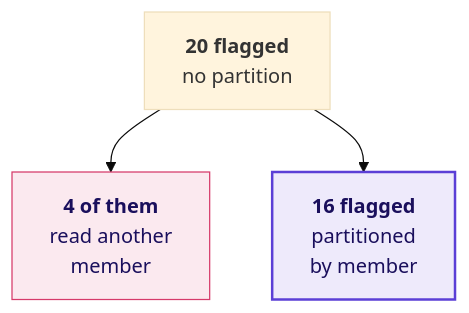
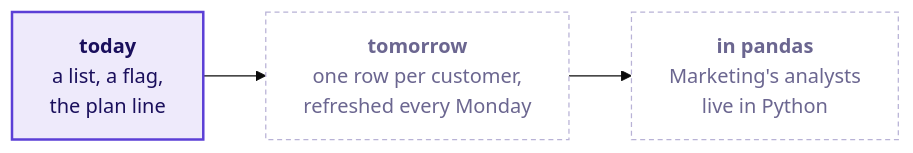
Before and after one commit to fde-academy-lab/c2-content-factory: the eighth of 8 diagrams in content/W02/D3/slides/C2_W02_D03_half2_STUDENT.md, drawn with Mermaid (base theme). The commit also changed other lines of this file and 3 other files, not shown here.

````diff
--- a/content/W02/D3/slides/C2_W02_D03_half2_STUDENT.md
+++ b/content/W02/D3/slides/C2_W02_D03_half2_STUDENT.md
@@ -258,9 +545,9 @@
 ```mermaid
-flowchart TB
-    A["<b>20 flagged</b><br/>no partition"] --> X["<b>4 of them</b><br/>read another<br/>member"]
-    A --> F["<b>16 flagged</b><br/>partitioned<br/>by member"]
-    classDef bad fill:#FBE9EF,stroke:#D63A6A,color:#1A0F5C
+flowchart LR
+    T["<b>today</b><br/>a list, a flag,<br/>the plan line"] --> M["<b>tomorrow</b><br/>one row per customer,<br/>refreshed every Monday"]
+    M --> Q["<b>in pandas</b><br/>Marketing's analysts<br/>live in Python"]
     classDef known fill:#EEEAFB,stroke:#5B3FD6,color:#1A0F5C,stroke-width:2px
-    class X bad
-    class F known
+    classDef unknown fill:#FFFFFF,stroke:#B8B2D6,color:#6B6690,stroke-dasharray:4 3
+    class T known
+    class M,Q unknown
 ```
````
